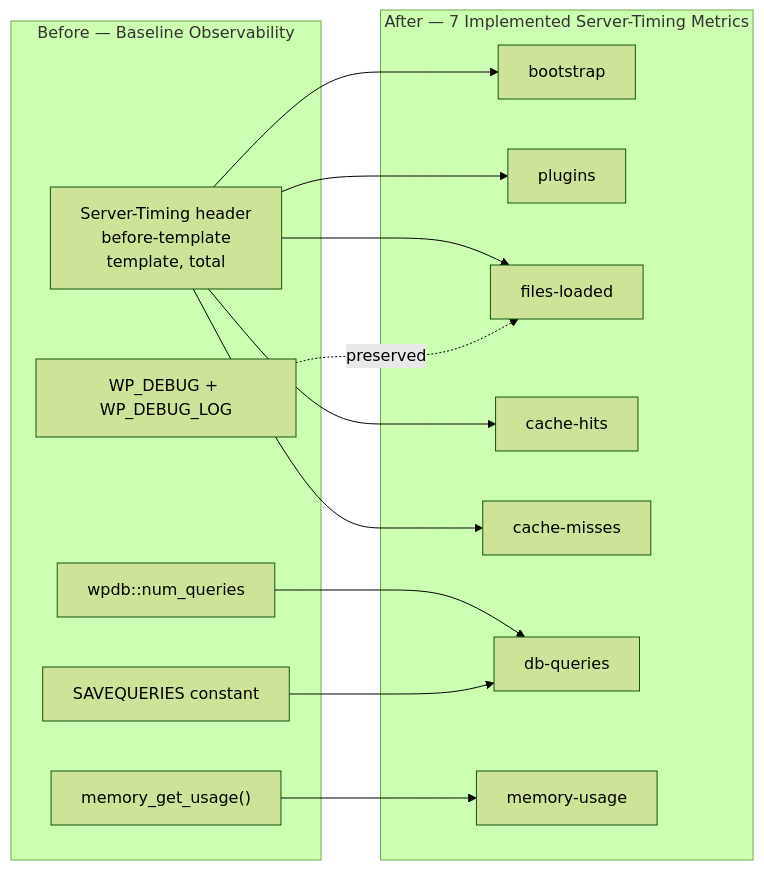
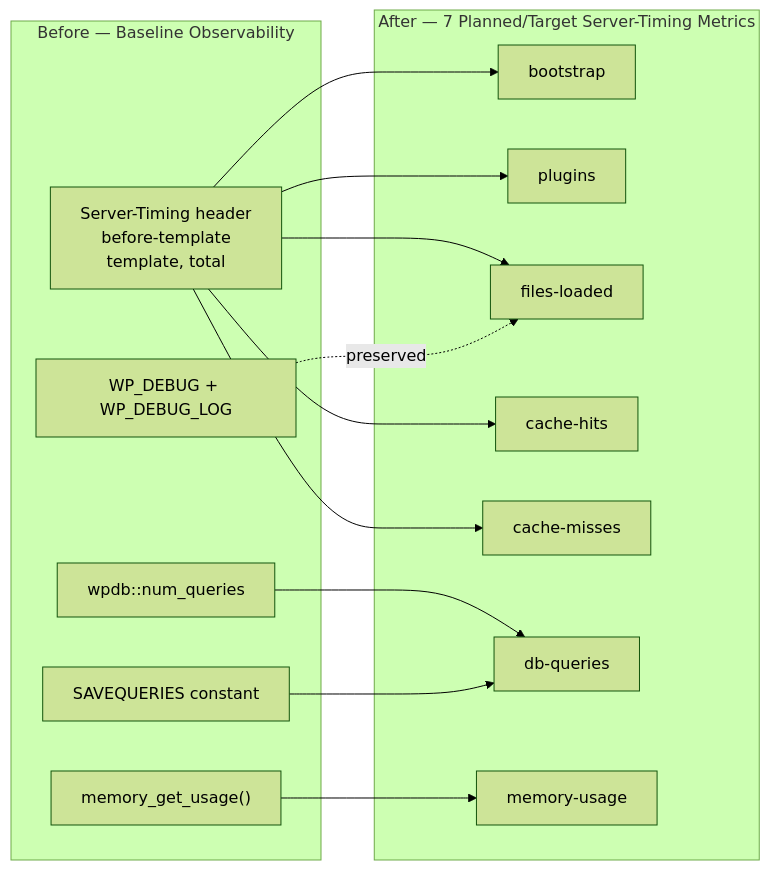
Before and after one commit to Blitzy-Sandbox/blitzy-wordpress: the fourth of 6 diagrams in docs/technical-specifications.md, drawn with Mermaid (forest theme). The commit also changed other lines of this file and 6 other files, not shown here.

````diff
--- a/docs/technical-specifications.md
+++ b/docs/technical-specifications.md
@@ -484,32 +488,32 @@
 ```mermaid
 graph LR
-    %% LEGEND: left subgraph = BEFORE (baseline signals); right subgraph = AFTER (the 7 implemented Server-Timing metrics).
-    %% Arrows show which baseline signal each implemented metric derives from. Test/development-only; disabled in production by file absence.
+    %% LEGEND: left subgraph = BEFORE (baseline signals); right subgraph = AFTER (the 7 planned/target Server-Timing metrics).
+    %% Arrows show which baseline signal each planned metric derives from. Test/development-only; disabled in production by file absence.
     subgraph BeforeState["Before — Baseline Observability"]
         B1["Server-Timing header<br/>before-template<br/>template, total"]
         B2["memory_get_usage()"]
         B3["wpdb::num_queries"]
         B4["SAVEQUERIES constant"]
         B5["WP_DEBUG + WP_DEBUG_LOG"]
     end
 
-    subgraph AfterState["After — 7 Implemented Server-Timing Metrics"]
+    subgraph AfterState["After — 7 Planned/Target Server-Timing Metrics"]
         A1["bootstrap"]
         A2["plugins"]
         A3["files-loaded"]
         A4["cache-hits"]
         A5["cache-misses"]
         A6["db-queries"]
         A7["memory-usage"]
     end
 
     B1 --> A1
     B1 --> A2
     B1 --> A3
     B1 --> A4
     B1 --> A5
     B3 --> A6
     B4 --> A6
     B2 --> A7
     B5 -.preserved.-> A3
 ```
````
